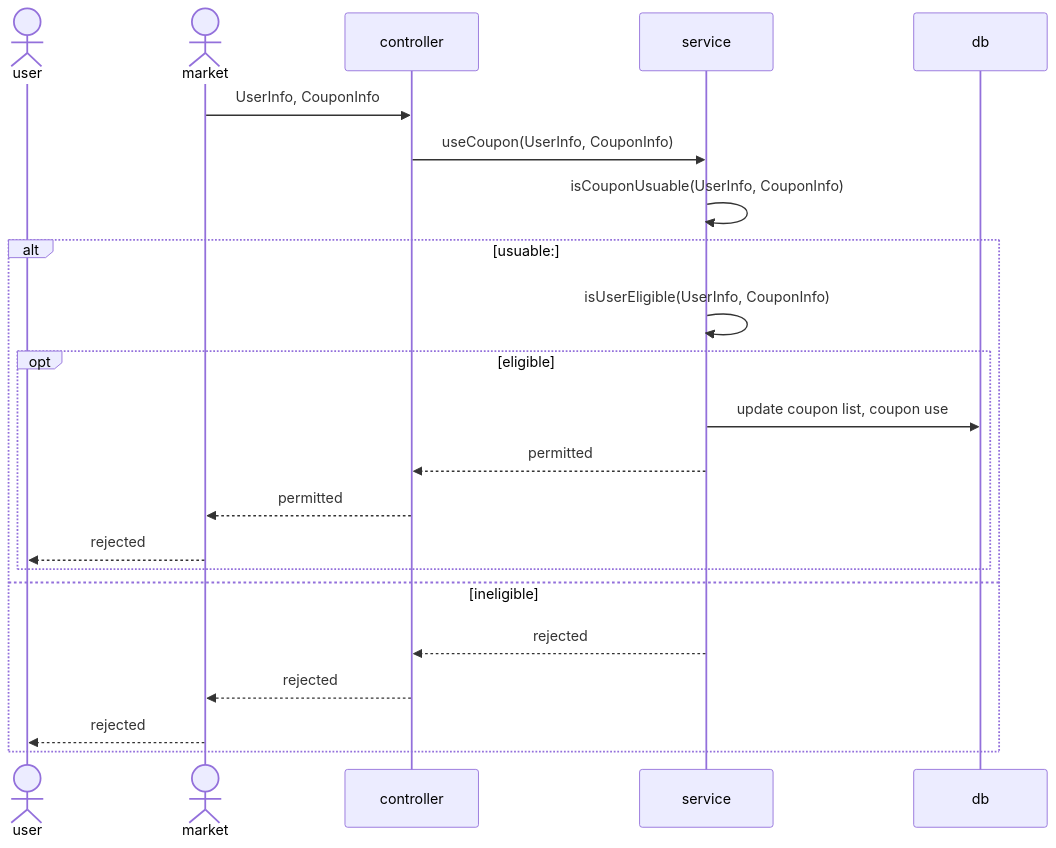
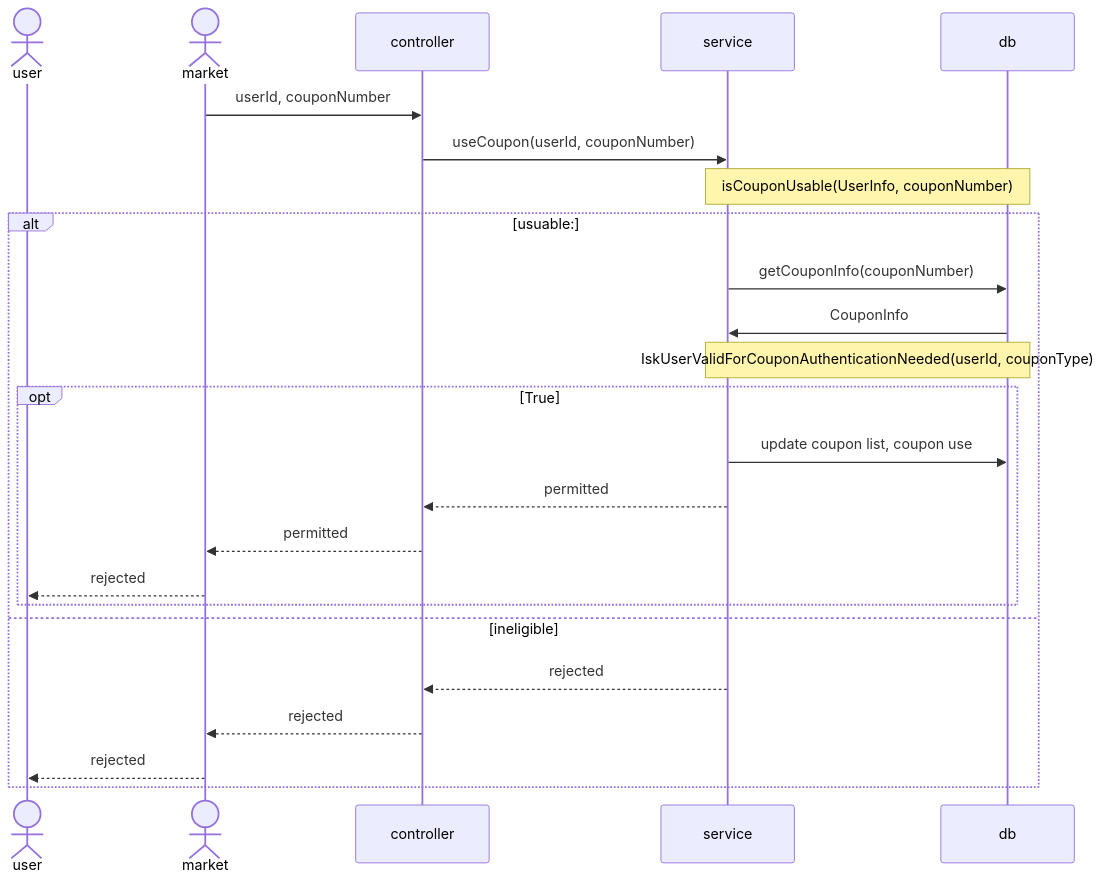
One commit to couponApiServerEconovation/couponApiServerMtak changed the fourth of 7 diagrams in sequence-diagram-phase-0.md. Above: the diagram before and after it, drawn with Mermaid. The commit also changed other lines of this file and 11 other files, not shown here.

````diff
--- a/sequence-diagram-phase-0.md
+++ b/sequence-diagram-phase-0.md
@@ -35,25 +71,28 @@
 ```mermaid
 sequenceDiagram
 actor user
 actor mk as market
 participant ctr as controller
 participant s as service
 participant db
 
-mk->>ctr: UserInfo, CouponInfo
-ctr->>s: useCoupon(UserInfo, CouponInfo)
-s->>s: isCouponUsuable(UserInfo, CouponInfo)
+
+mk->>ctr: userId, couponNumber
+ctr->>s: useCoupon(userId, couponNumber)
+Note over s, db: isCouponUsable(UserInfo, couponNumber)
 alt usuable:
-    s->>s: isUserEligible(UserInfo, CouponInfo)
-    opt eligible
+    s->>db: getCouponInfo(couponNumber)
+    db->>s: CouponInfo
+    Note over s, db: IskUserValidForCouponAuthenticationNeeded(userId, couponType)
+    opt True
         s->>db: update coupon list, coupon use
         s-->>ctr: permitted
         ctr-->>mk: permitted
         mk-->>user: rejected
     end
     else ineligible
     s-->>ctr: rejected
     ctr-->>mk: rejected
     mk-->>user: rejected
 end
 ```
````
